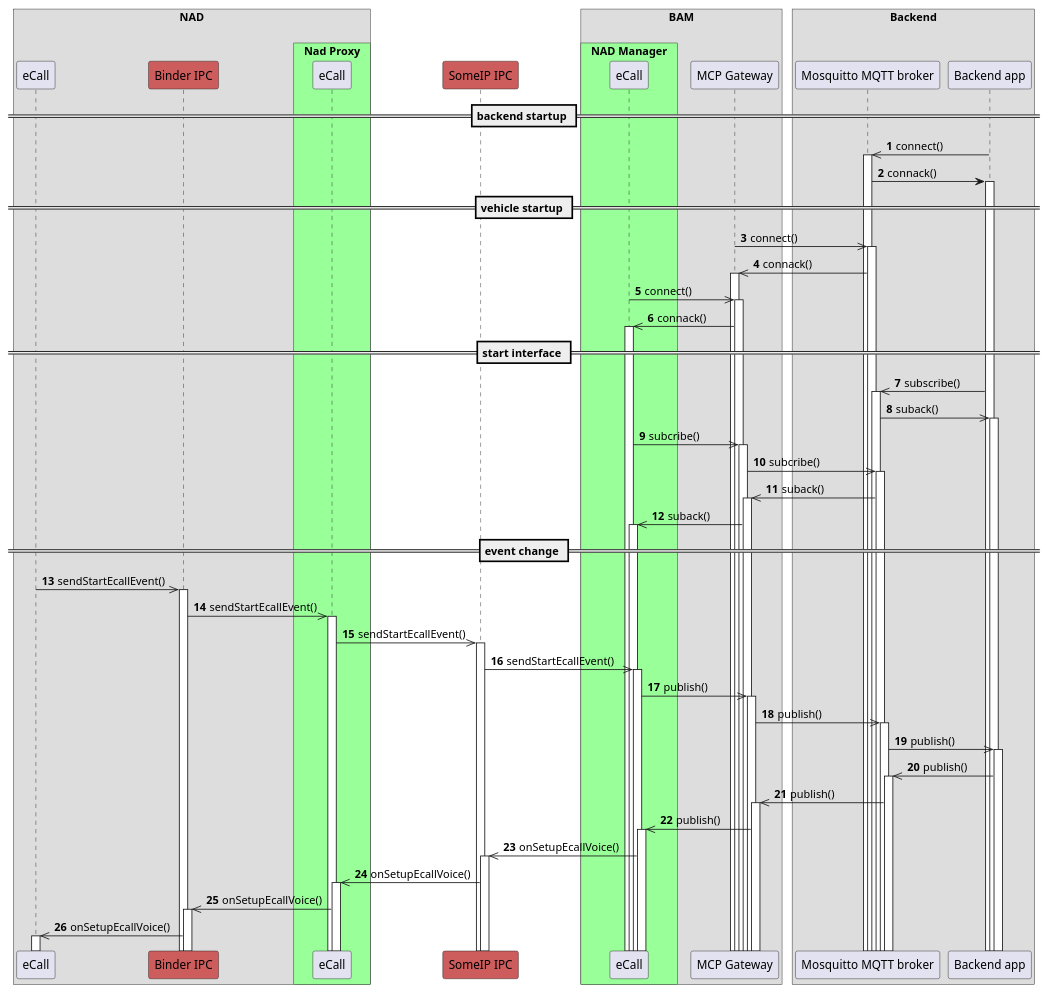
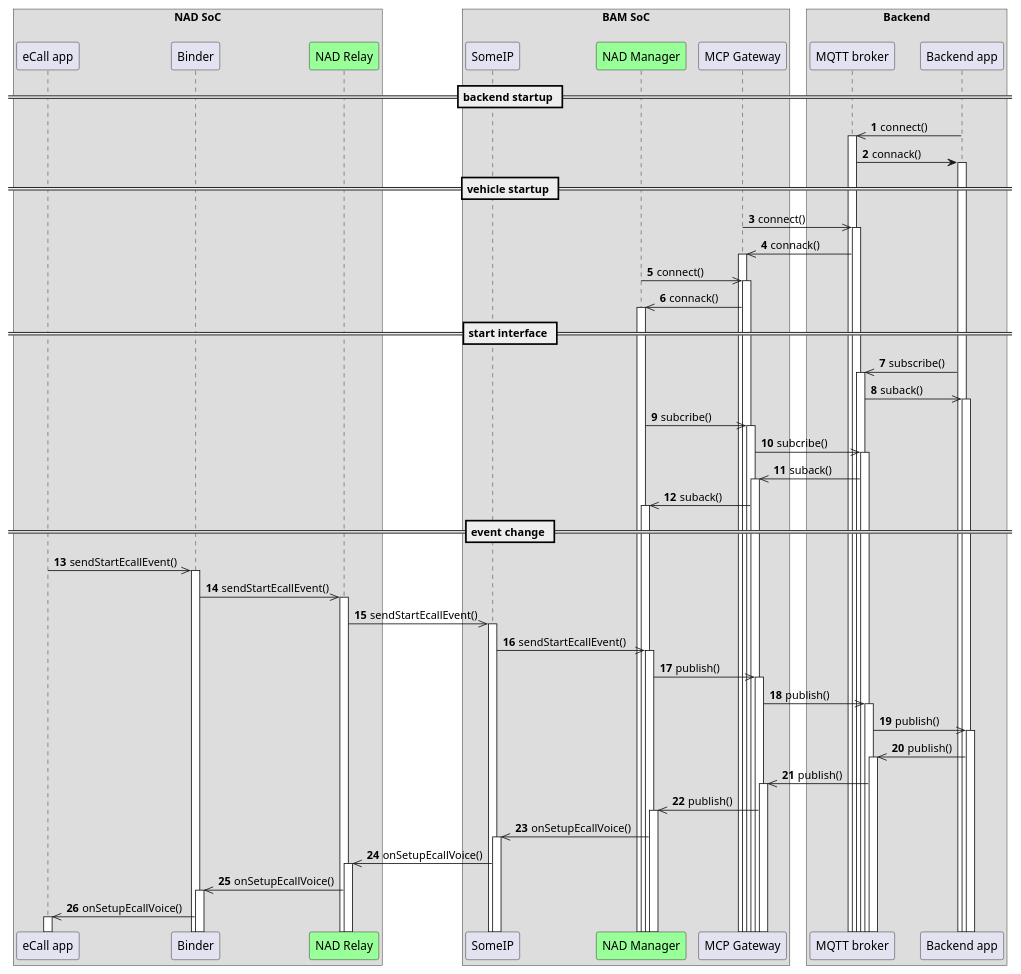
Before and after one commit to taikt/codefun: the diagram in doc/SA cert/Design/figures/sequence_diagram/ecall.wsd, drawn with PlantUML. The commit also changed 18 other files, not shown here.

```diff
--- a/doc/SA cert/Design/figures/sequence_diagram/ecall.wsd
+++ b/doc/SA cert/Design/figures/sequence_diagram/ecall.wsd
@@ -1,72 +1,70 @@
 @startuml
 !pragma teoz true
 autonumber
 autoactivate on
-box "NAD\n"
+box "NAD SoC\n"
 
-    participant "eCall" as ecall
+    participant "eCall app" as ecall
 
-    participant "Binder IPC" as bin #IndianRed
+    participant "Binder" as bin 
 
-    box "Nad Proxy" #99FF99
-    participant "eCall" as ecall_con_nad
+   
+    participant "NAD Relay" as ecall_con_nad #99FF99
 
-    end box
+  
 
 end box
 
-    participant "SomeIP IPC" as sip #IndianRed
+ 
 
-box "BAM\n"
+box "BAM SoC\n"
+   participant "SomeIP" as sip 
+    participant "NAD Manager" as nadm #99FF99
   
-
-    box "NAD Manager" #99FF99
-    participant "eCall" as nadm
-    end box
 
     participant "MCP Gateway" as gw
 end box
 
 box "Backend"
-    participant "Mosquitto MQTT broker" as bro
+    participant "MQTT broker" as bro
     participant "Backend app" as backend
 end box
 == backend startup ==
 backend ->> bro: connect()
 bro -> backend: connack()
 
 == vehicle startup ==
 gw ->> bro: connect()
 bro ->> gw: connack()
 nadm ->> gw: connect()
 gw ->> nadm: connack()
 
 == start interface ==
 backend ->> bro: subscribe()
 bro ->> backend: suback()
 
 nadm ->> gw: subcribe()
 gw ->> bro: subcribe()
 bro ->> gw: suback()
 gw ->> nadm: suback()
 
 == event change ==
 ecall ->> bin: sendStartEcallEvent()
 bin ->> ecall_con_nad: sendStartEcallEvent()
 ecall_con_nad ->> sip: sendStartEcallEvent()
 sip ->> nadm: sendStartEcallEvent()
 
 nadm ->> gw: publish()
 gw ->> bro: publish()
 bro ->> backend: publish()
 
 backend ->> bro: publish()
 bro ->> gw: publish()
 gw ->> nadm: publish()
 
 nadm ->> sip: onSetupEcallVoice()
 sip ->> ecall_con_nad: onSetupEcallVoice()
 ecall_con_nad ->> bin: onSetupEcallVoice()
 bin ->> ecall: onSetupEcallVoice()
 
 @enduml
```
